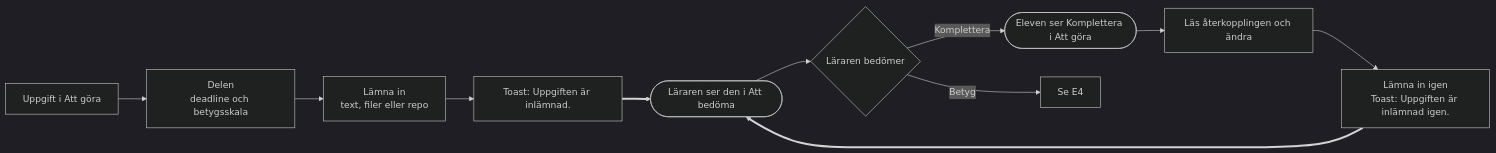
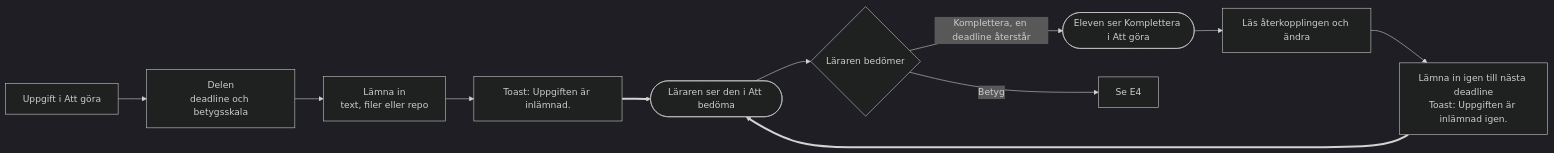
Before and after one commit to discovicke/Larka: the fourth of 14 diagrams in docs/roller-och-floden.md, drawn with Mermaid (dark theme). The commit also changed other lines of this file and 45 other files, not shown here.

````diff
--- a/docs/roller-och-floden.md
+++ b/docs/roller-och-floden.md
@@ -94,13 +150,13 @@
 ```mermaid
 flowchart LR
     A["Uppgift i Att göra"] --> B["Delen<br/>deadline och betygsskala"]
     B --> C["Lämna in<br/>text, filer eller repo"]
     C --> D["Toast: Uppgiften är inlämnad."]
     D ==> E(["Läraren ser den i Att bedöma"])
     E --> F{"Läraren bedömer"}
-    F -->|"Komplettera"| G(["Eleven ser Komplettera i Att göra"])
+    F -->|"Komplettera, en deadline återstår"| G(["Eleven ser Komplettera i Att göra"])
     G --> H["Läs återkopplingen och ändra"]
-    H --> I["Lämna in igen<br/>Toast: Uppgiften är inlämnad igen."]
+    H --> I["Lämna in igen till nästa deadline<br/>Toast: Uppgiften är inlämnad igen."]
     I ==> E
     F -->|"Betyg"| J["Se E4"]
 ```
````
